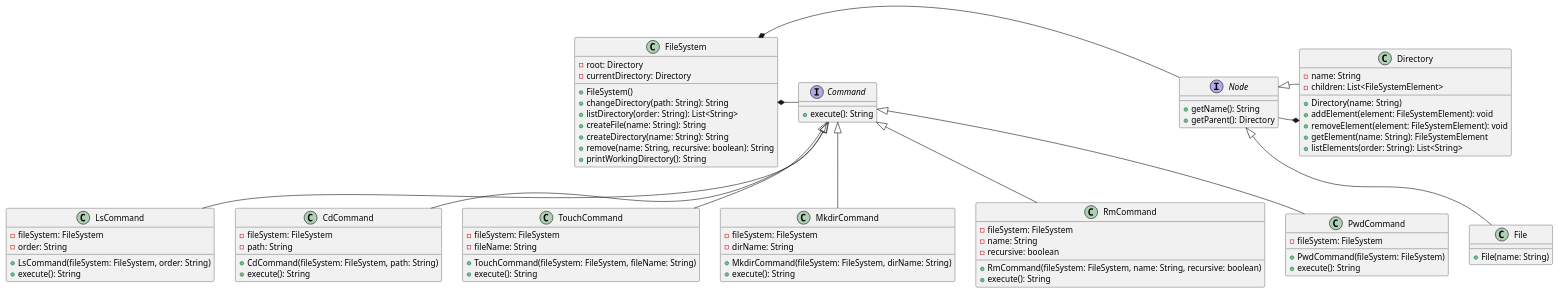
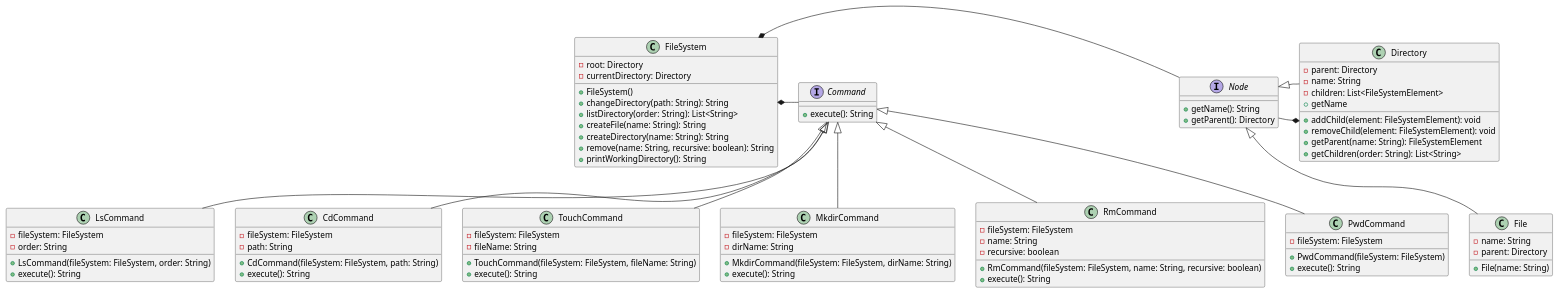
Before and after one commit to austral-ingsis-classroom/clifford-JeroEngel: the diagram in diagram/diagram.puml, drawn with PlantUML. The commit also changed 11 other files, not shown here.

```diff
--- a/diagram/diagram.puml
+++ b/diagram/diagram.puml
@@ -1,94 +1,97 @@
 @startuml
 
 class FileSystem {
   -root: Directory
   -currentDirectory: Directory
   +FileSystem()
   +changeDirectory(path: String): String
   +listDirectory(order: String): List<String>
   +createFile(name: String): String
   +createDirectory(name: String): String
   +remove(name: String, recursive: boolean): String
   +printWorkingDirectory(): String
 }
 
 interface Node{
   +getName(): String
     +getParent(): Directory
 }
 class Directory {
+  -parent: Directory
   -name: String
   -children: List<FileSystemElement>
-  +Directory(name: String)
-  +addElement(element: FileSystemElement): void
-  +removeElement(element: FileSystemElement): void
-  +getElement(name: String): FileSystemElement
-  +listElements(order: String): List<String>
+  +getName
+  +addChild(element: FileSystemElement): void
+  +removeChild(element: FileSystemElement): void
+  +getParent(name: String): FileSystemElement
+  +getChildren(order: String): List<String>
 }
 
 
 
 class File {
+    -name: String
+    -parent: Directory
   +File(name: String)
 }
 
 interface Command {
   +execute(): String
 }
 
 class LsCommand {
   -fileSystem: FileSystem
   -order: String
   +LsCommand(fileSystem: FileSystem, order: String)
   +execute(): String
 }
 
 class CdCommand {
   -fileSystem: FileSystem
   -path: String
   +CdCommand(fileSystem: FileSystem, path: String)
   +execute(): String
 }
 
 class TouchCommand {
   -fileSystem: FileSystem
   -fileName: String
   +TouchCommand(fileSystem: FileSystem, fileName: String)
   +execute(): String
 }
 
 class MkdirCommand {
   -fileSystem: FileSystem
   -dirName: String
   +MkdirCommand(fileSystem: FileSystem, dirName: String)
   +execute(): String
 }
 
 class RmCommand {
   -fileSystem: FileSystem
   -name: String
   -recursive: boolean
   +RmCommand(fileSystem: FileSystem, name: String, recursive: boolean)
   +execute(): String
 }
 
 class PwdCommand {
   -fileSystem: FileSystem
   +PwdCommand(fileSystem: FileSystem)
   +execute(): String
 }
 
 
 FileSystem *- Node
 Directory *- Node
 Node <|-- Directory
 Node <|-- File
 FileSystem *- Command
 Command <|-- LsCommand
 Command <|-- CdCommand
 Command <|-- TouchCommand
 Command <|-- MkdirCommand
 Command <|-- RmCommand
 Command <|-- PwdCommand
 
 @enduml
```
